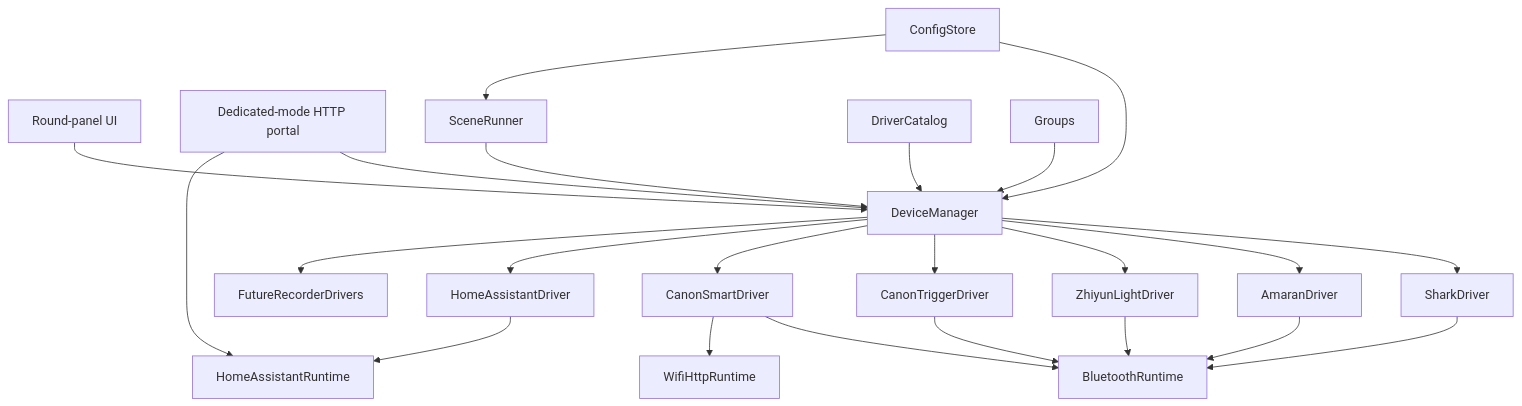
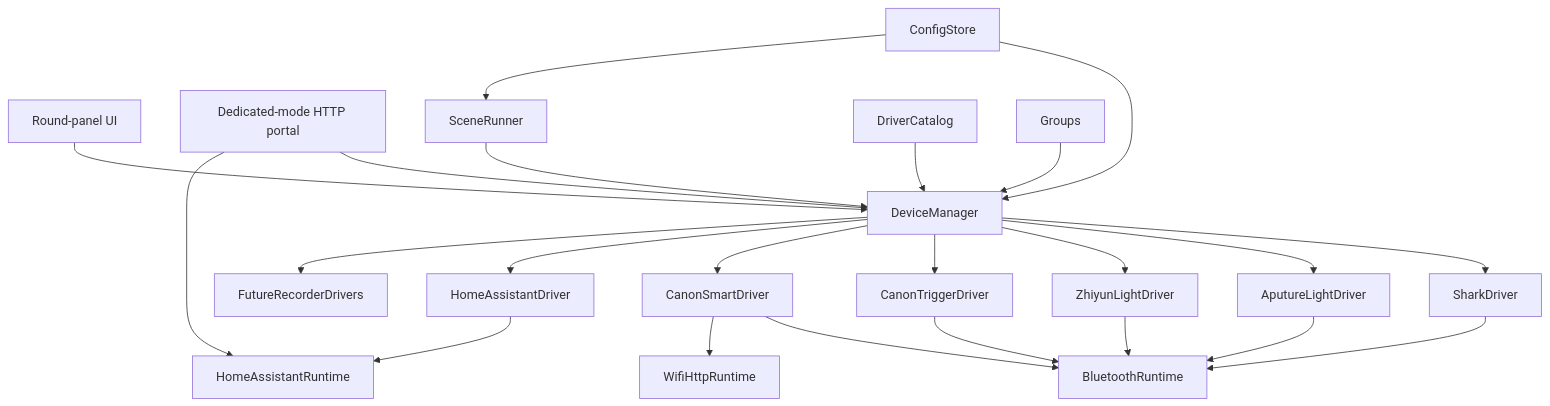
The diagram in docs/architecture.md (nethunter/bleep), drawn with Mermaid before and after one commit. The commit also changed other lines of this file and 41 other files, not shown here.

````diff
--- a/docs/architecture.md
+++ b/docs/architecture.md
@@ -14,25 +14,25 @@
 ```mermaid
 flowchart TB
   PanelUI["Round-panel UI"] --> DeviceManager
   PortalUI["Dedicated-mode HTTP portal"] --> DeviceManager
   SceneRunner --> DeviceManager
   DriverCatalog --> DeviceManager
   Groups --> DeviceManager
   DeviceManager --> SharkDriver
-  DeviceManager --> AmaranDriver
+  DeviceManager --> AputureLightDriver
   DeviceManager --> ZhiyunLightDriver
   DeviceManager --> CanonTriggerDriver
   DeviceManager --> CanonSmartDriver
   DeviceManager --> HomeAssistantDriver
   DeviceManager --> FutureRecorderDrivers
   SharkDriver --> BluetoothRuntime
-  AmaranDriver --> BluetoothRuntime
+  AputureLightDriver --> BluetoothRuntime
   ZhiyunLightDriver --> BluetoothRuntime
   CanonTriggerDriver --> BluetoothRuntime
   CanonSmartDriver --> BluetoothRuntime
   CanonSmartDriver --> WifiHttpRuntime
   HomeAssistantDriver --> HomeAssistantRuntime
   PortalUI --> HomeAssistantRuntime
   ConfigStore --> DeviceManager
   ConfigStore --> SceneRunner
 ```
````
